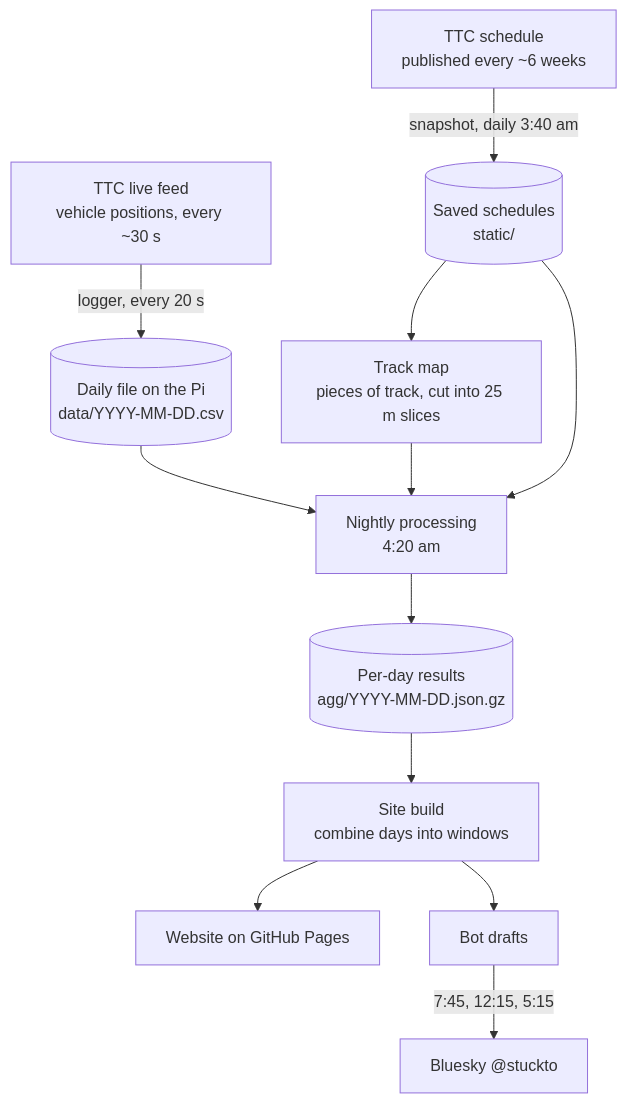
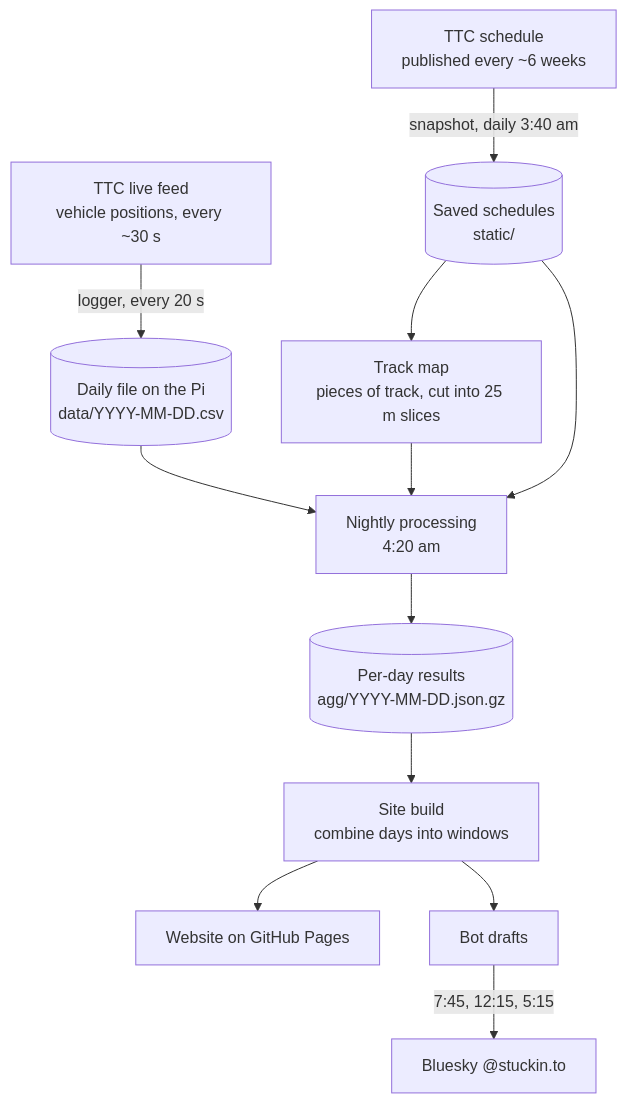
The diagram in docs/how-it-works.md (Freems88/ttc-streetcar-delays), drawn with Mermaid before and after one commit. The commit also changed 2 other files, not shown here.

Commit message:
Bot handle is now @stuckin.to

````diff
--- a/docs/how-it-works.md
+++ b/docs/how-it-works.md
@@ -23,14 +23,14 @@
 ```mermaid
 flowchart TD
     A[TTC live feed<br>vehicle positions, every ~30 s] -->|logger, every 20 s| B[(Daily file on the Pi<br>data/YYYY-MM-DD.csv)]
     S[TTC schedule<br>published every ~6 weeks] -->|snapshot, daily 3:40 am| T[(Saved schedules<br>static/)]
     T --> N[Track map<br>pieces of track, cut into 25 m slices]
     B --> P[Nightly processing<br>4:20 am]
     N --> P
     T --> P
     P --> D[(Per-day results<br>agg/YYYY-MM-DD.json.gz)]
     D --> W[Site build<br>combine days into windows]
     W --> Site[Website on GitHub Pages]
     W --> Dr[Bot drafts]
-    Dr -->|7:45, 12:15, 5:15| Bsky[Bluesky @stuckto]
+    Dr -->|7:45, 12:15, 5:15| Bsky[Bluesky @stuckin.to]
 ```
````
